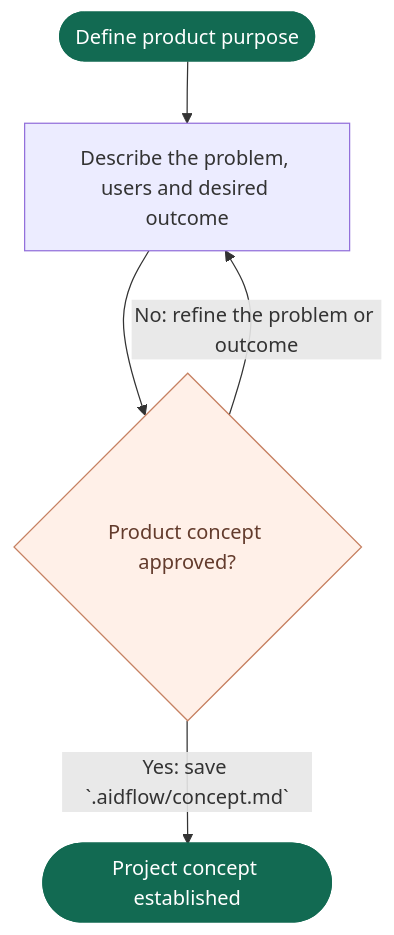
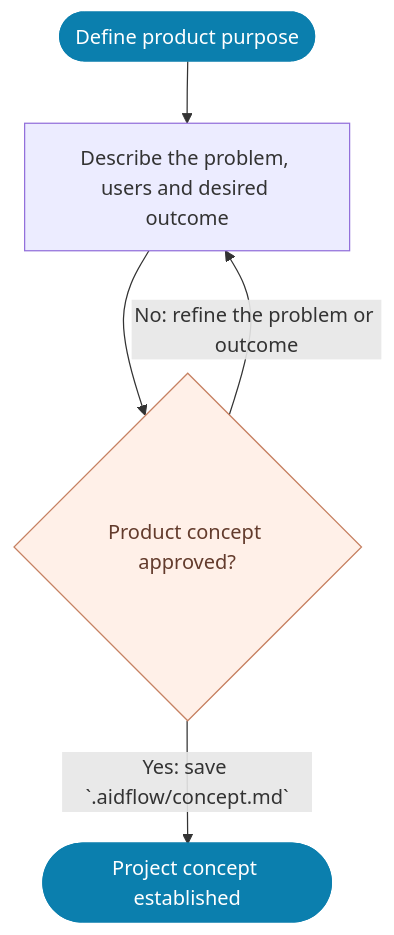
Before and after one commit to vanlangenlabs/aidflow: the diagram in flows/concept.mmd, drawn with Mermaid. The commit also changed 10 other files, not shown here.

Commit message:
Recolor site and flows from green to logo blue

```diff
--- a/flows/concept.mmd
+++ b/flows/concept.mmd
@@ -1,26 +1,26 @@
 flowchart TD
     start([Define product purpose]) --> concept[Describe the problem, users and desired outcome]
 %% @aidflow-context concept
 %% Store only the stable product rationale in `.aidflow/concept.md`: the problem,
 %% intended users, desired outcome, boundaries and success measures. Do not list
 %% all features here or introduce technical implementation choices.
 
 %% Record path: `.aidflow/concept.md`.
 %% Record outline: Problem; Intended users; Desired outcome; Product boundaries and non-goals; Success measures; Decisions and evidence.
 %% Mutable statuses belong in the index. Example IDs and versions are placeholders.
 %% For a new project's first questions, read `reference/concept-example.md` (relative to aidflow.md).
 %% @end-aidflow-context
     concept --> conceptApproval{Product concept approved?}
     conceptApproval -- No: refine the problem or outcome --> concept
     conceptApproval -- Yes: save `.aidflow/concept.md` --> conceptReady([Project concept established])
 %% @aidflow-context conceptApproval
 %% Save the draft before requesting approval.
 %% Obtain explicit human approval for the exact current file digest. Record the
 %% decision evidence in `.aidflow/index.md` according to
 %% `reference/approvals.md` (relative to aidflow.md). Revisit only when the product direction materially changes.
 %% @end-aidflow-context
 
-    classDef boundary fill:#126a52,color:#ffffff,stroke:#126a52
+    classDef boundary fill:#0b7fae,color:#ffffff,stroke:#0b7fae
     classDef approval fill:#fff0e8,color:#633b2c,stroke:#c68162
     class start,conceptReady boundary
     class conceptApproval approval
```
